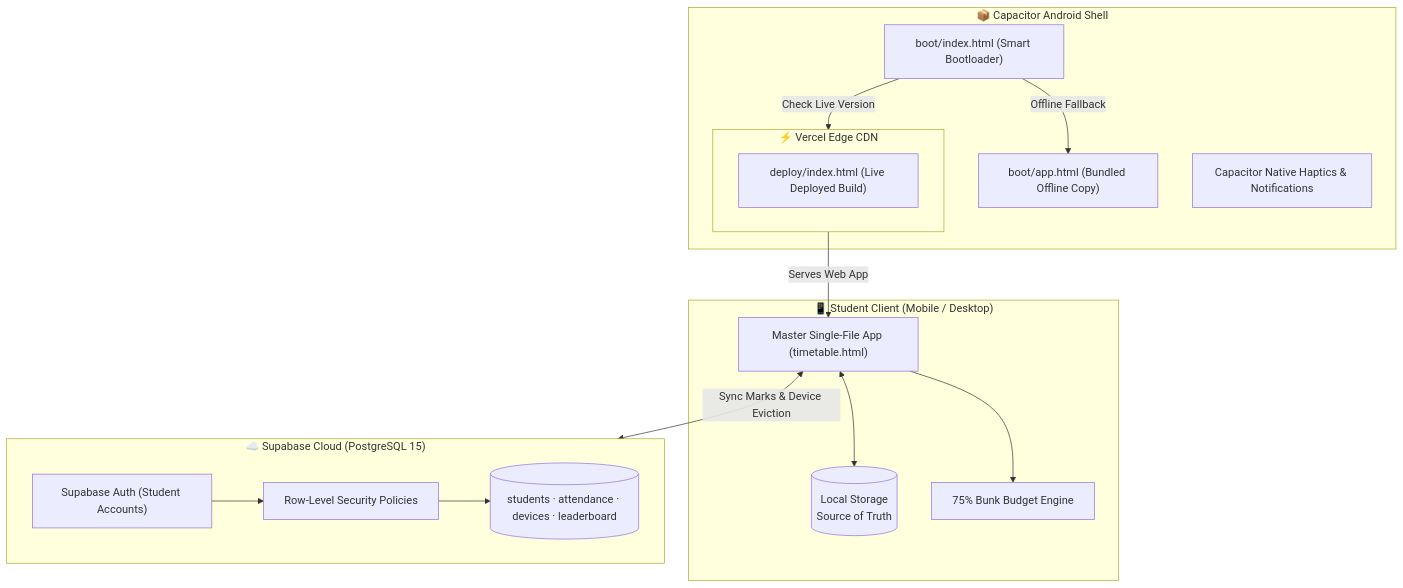
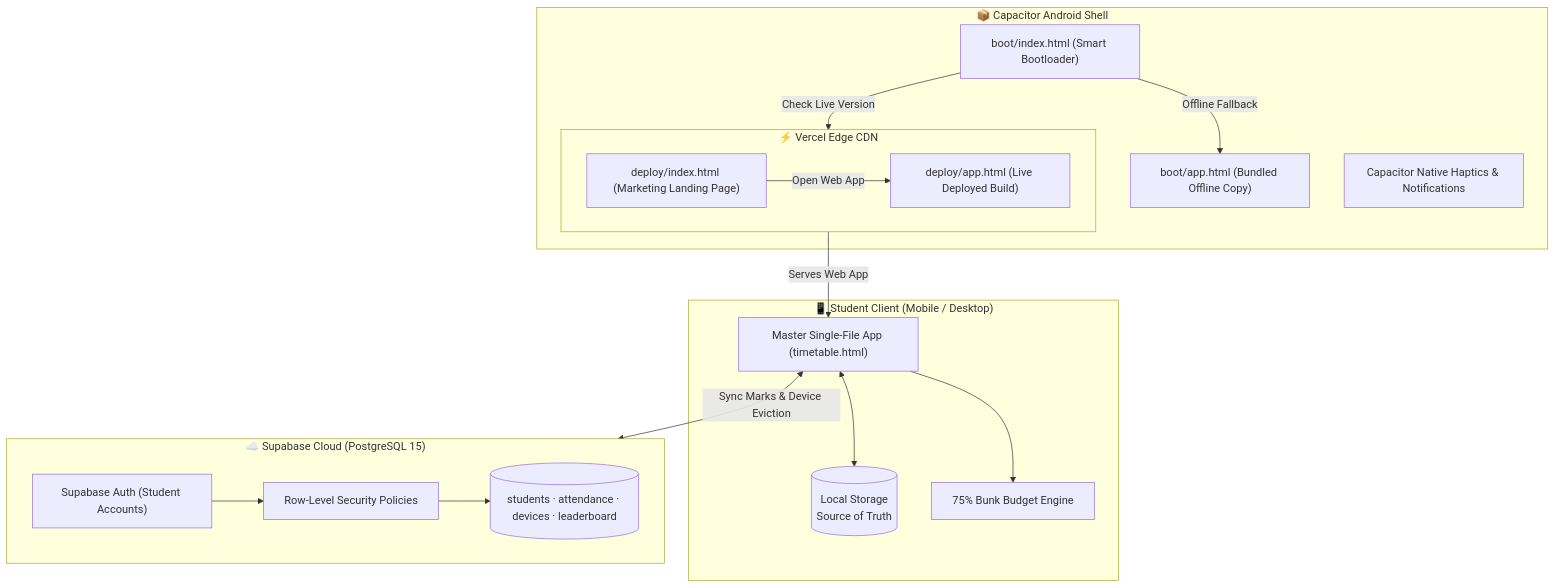
Before and after one commit to DkshByte/attendance-tracker: the diagram in README.md, drawn with Mermaid. The commit also changed other lines of this file and 13 other files, not shown here.

````diff
--- a/README.md
+++ b/README.md
@@ -58,32 +58,34 @@
 ```mermaid
 flowchart TD
     subgraph Client["📱 Student Client (Mobile / Desktop)"]
         UI["Master Single-File App (timetable.html)"]
         LS[("Local Storage\nSource of Truth")]
         Calc["75% Bunk Budget Engine"]
         UI <--> LS
         UI --> Calc
     end
 
     subgraph Hybrid["📦 Capacitor Android Shell"]
         Loader["boot/index.html (Smart Bootloader)"]
         Fallback["boot/app.html (Bundled Offline Copy)"]
         Haptics["Capacitor Native Haptics & Notifications"]
         Loader -->|Check Live Version| Edge
         Loader -->|Offline Fallback| Fallback
     end
 
     subgraph Edge["⚡ Vercel Edge CDN"]
-        Deploy["deploy/index.html (Live Deployed Build)"]
+        Landing["deploy/index.html (Marketing Landing Page)"]
+        Deploy["deploy/app.html (Live Deployed Build)"]
+        Landing -->|Open Web App| Deploy
     end
 
     subgraph Cloud["☁️ Supabase Cloud (PostgreSQL 15)"]
         Auth["Supabase Auth (Student Accounts)"]
         RLS["Row-Level Security Policies"]
         Tables[("students · attendance · devices · leaderboard")]
         Auth --> RLS --> Tables
     end
 
     Edge -->|Serves Web App| UI
     UI <-->|Sync Marks & Device Eviction| Cloud
 ```
````
